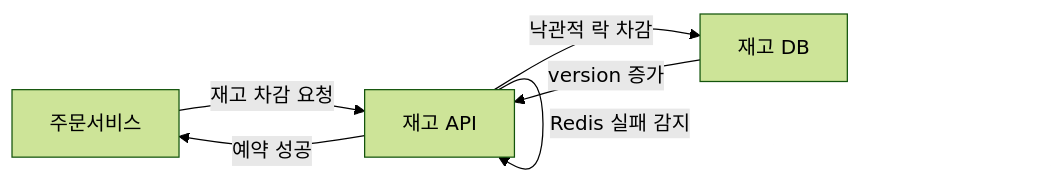
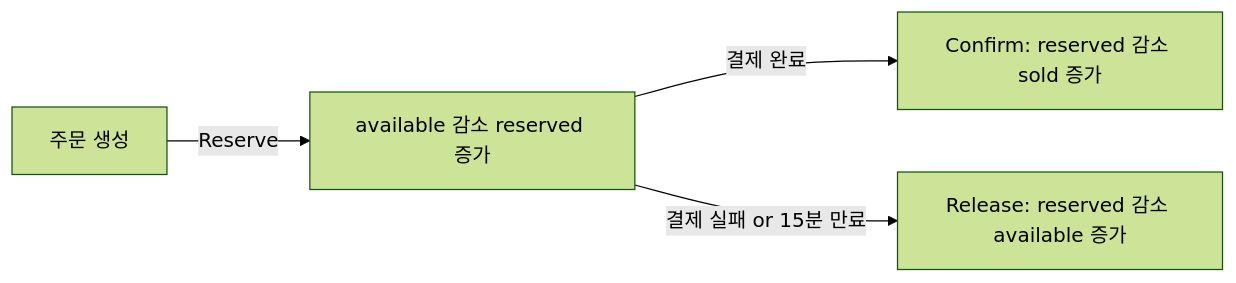
One commit to yjkim2015/yjkim2015.github.io changed the second of 3 diagrams in _posts/systemdesign/2026-05-11-system-design-inventory.md. Above: the diagram before and after it, drawn with Mermaid (forest theme). The commit also changed other lines of this file and 4 other files, not shown here.

````diff
--- a/_posts/systemdesign/2026-05-11-system-design-inventory.md
+++ b/_posts/systemdesign/2026-05-11-system-design-inventory.md
@@ -172,8 +494,6 @@
 ```mermaid
 graph LR
-    A[주문서비스] -->|재고 차감 요청| B[재고 API]
-    B -->|Redis 실패 감지| B
-    B -->|낙관적 락 차감| C[재고 DB]
-    C -->|version 증가| B
-    B -->|예약 성공| A
+    A[주문 생성] -->|Reserve| B[available 감소 reserved 증가]
+    B -->|결제 완료| C[Confirm: reserved 감소 sold 증가]
+    B -->|결제 실패 or 15분 만료| D[Release: reserved 감소 available 증가]
 ```
````
